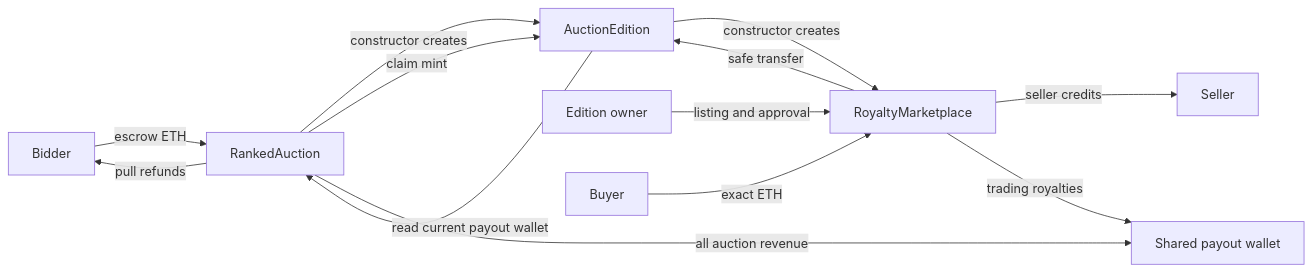
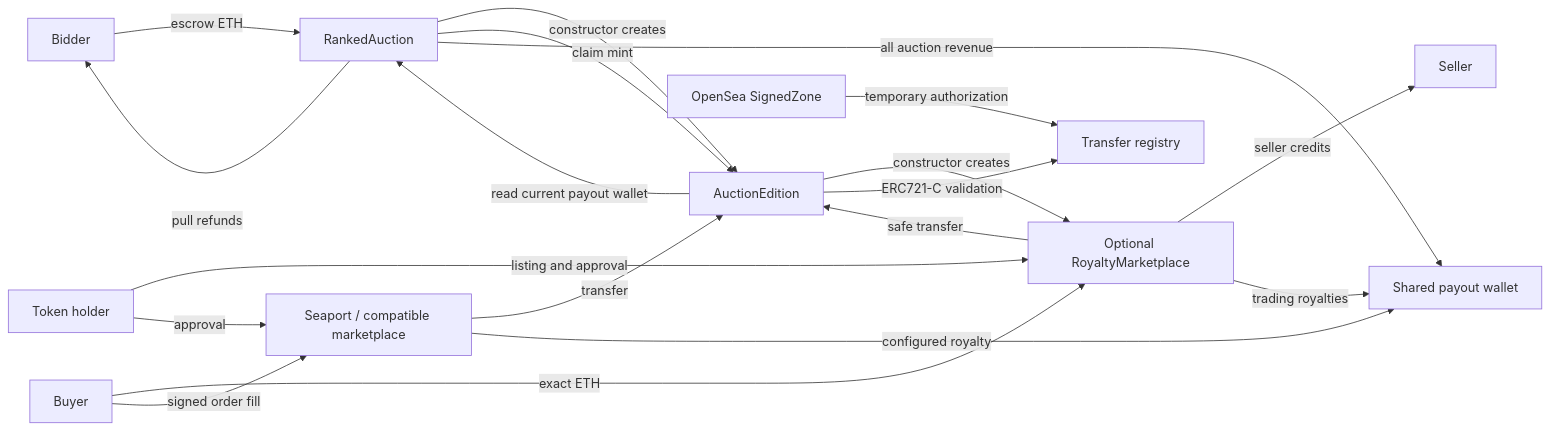
One commit to encryptedvolume/LNTV-contracts changed the diagram in docs/ARCHITECTURE.md. Above: the diagram before and after it, drawn with Mermaid. The commit also changed other lines of this file and 122 other files, not shown here.

Commit message:
Integrate upstream ERC721-C and OpenSea royalty enforcement [skip ci]

````diff
--- a/docs/ARCHITECTURE.md
+++ b/docs/ARCHITECTURE.md
@@ -5,15 +5,21 @@
 ```mermaid
 flowchart LR
     B[Bidder] -->|escrow ETH| A[RankedAuction]
     A -->|constructor creates| E[AuctionEdition]
-    E -->|constructor creates| M[RoyaltyMarketplace]
+    E -->|constructor creates| M[Optional RoyaltyMarketplace]
     A -->|claim mint| E
     A -->|pull refunds| B
     A -->|all auction revenue| W[Shared payout wallet]
-    O[Edition owner] -->|listing and approval| M
+    O[Token holder] -->|listing and approval| M
     P[Buyer] -->|exact ETH| M
     M -->|safe transfer| E
     M -->|seller credits| S[Seller]
     M -->|trading royalties| W
     E -->|read current payout wallet| A
+    P -->|signed order fill| X[Seaport / compatible marketplace]
+    O -->|approval| X
+    X -->|transfer| E
+    E -->|ERC721-C validation| V[Transfer registry]
+    Z[OpenSea SignedZone] -->|temporary authorization| V
+    X -->|configured royalty| W
 ```
````
